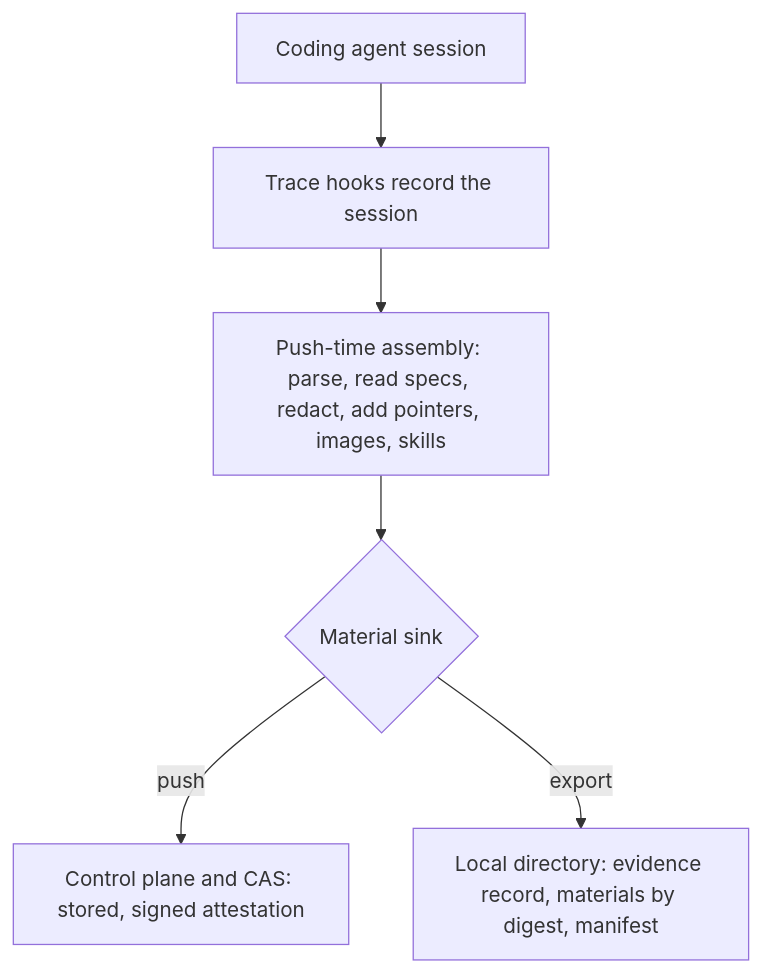
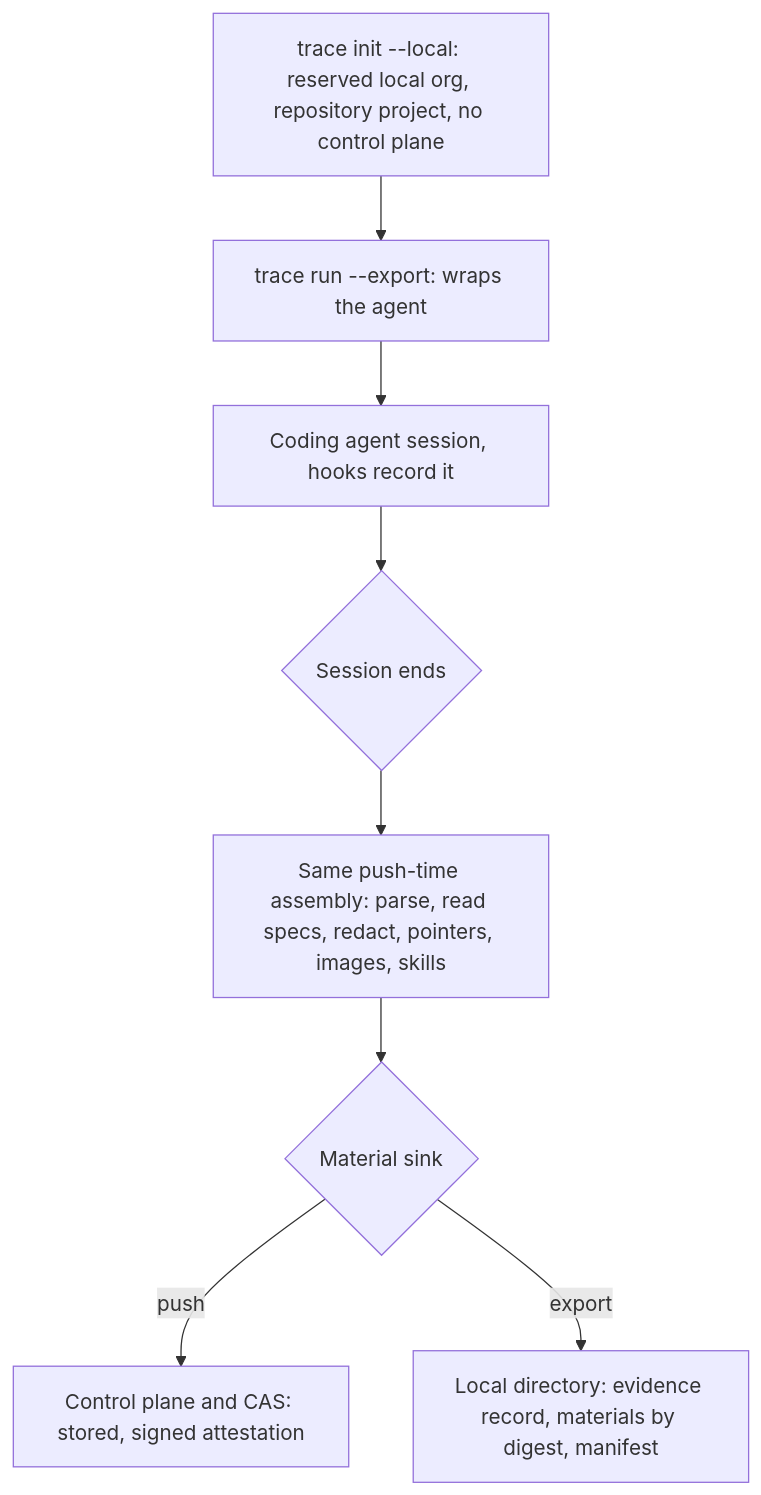
Before and after one commit to chainloop-dev/chainloop: the diagram in docs/specs/issue-3582-trace-evidence-export.md, drawn with Mermaid. The commit also changed other lines of this file, not shown here.

First line of the commit message:
spec: issue-3582 add local mode for trace evidence export

````diff
--- a/docs/specs/issue-3582-trace-evidence-export.md
+++ b/docs/specs/issue-3582-trace-evidence-export.md
@@ -85,8 +98,10 @@
 ```mermaid
 flowchart TD
-    Agent[Coding agent session] --> Hooks[Trace hooks record the session]
-    Hooks --> Assembly[Push-time assembly: parse, read specs, redact, add pointers, images, skills]
+    Init[trace init --local: reserved local org, repository project, no control plane] --> Run[trace run --export: wraps the agent]
+    Run --> Session[Coding agent session, hooks record it]
+    Session --> End{Session ends}
+    End --> Assembly[Same push-time assembly: parse, read specs, redact, pointers, images, skills]
     Assembly --> Sink{Material sink}
     Sink -->|push| Backend[Control plane and CAS: stored, signed attestation]
     Sink -->|export| Disk[Local directory: evidence record, materials by digest, manifest]
 ```
````
